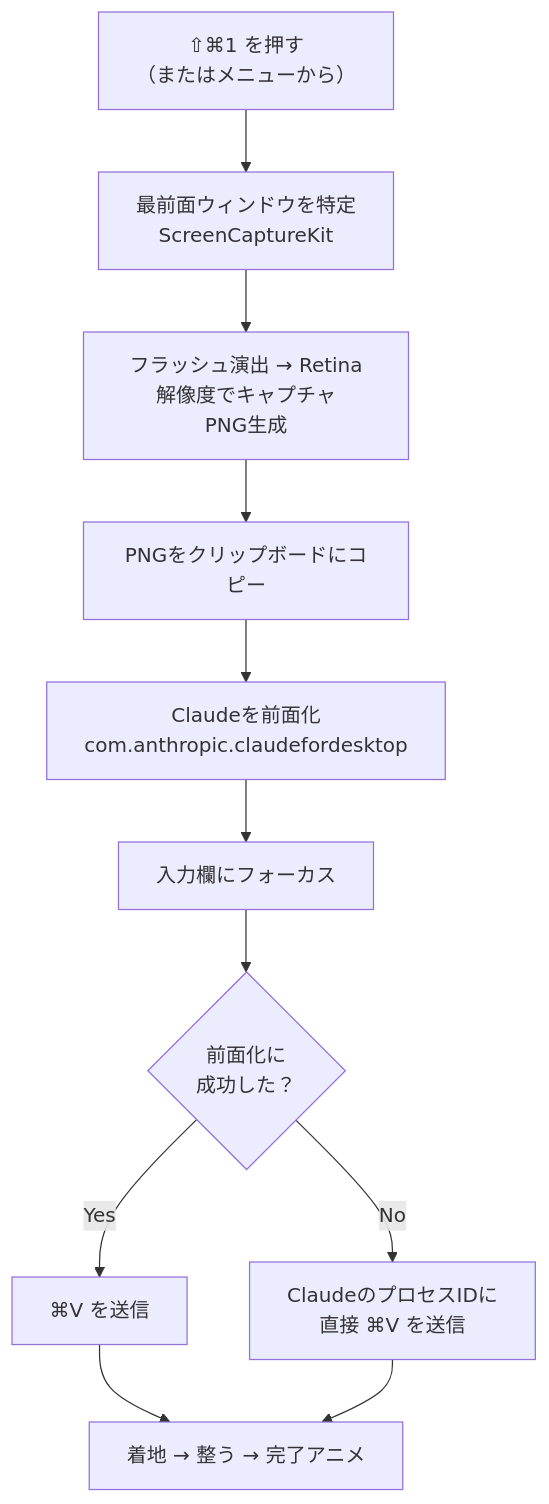
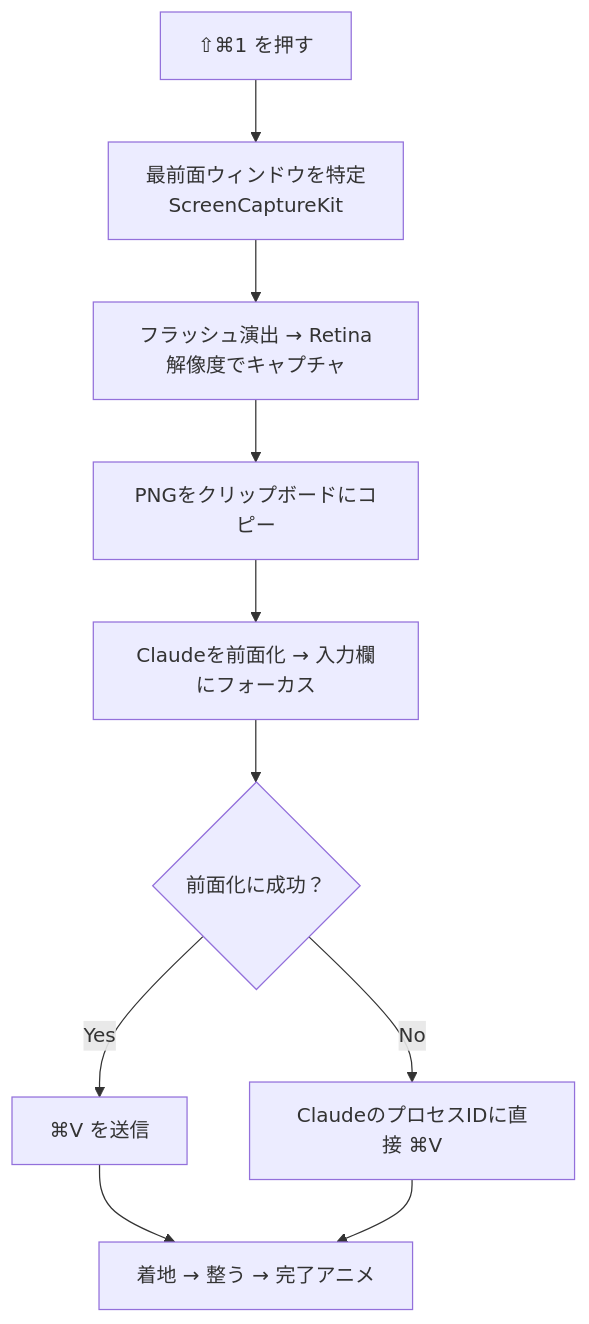
The diagram in docs/qiita-article.ja.md (MohamedFuad16/ClaudeShot), drawn with Mermaid before and after one commit. The commit also changed other lines of this file, not shown here.

````diff
--- a/docs/qiita-article.ja.md
+++ b/docs/qiita-article.ja.md
@@ -88,13 +150,12 @@
 ```mermaid
 flowchart TD
-    A["⇧⌘1 を押す<br/>（またはメニューから）"] --> B["最前面ウィンドウを特定<br/>ScreenCaptureKit"]
-    B --> C["フラッシュ演出 → Retina解像度でキャプチャ<br/>PNG生成"]
+    A["⇧⌘1 を押す"] --> B["最前面ウィンドウを特定<br/>ScreenCaptureKit"]
+    B --> C["フラッシュ演出 → Retina解像度でキャプチャ"]
     C --> D["PNGをクリップボードにコピー"]
-    D --> E["Claudeを前面化<br/>com.anthropic.claudefordesktop"]
-    E --> F["入力欄にフォーカス"]
-    F --> G{"前面化に<br/>成功した？"}
-    G -->|Yes| H["⌘V を送信"]
-    G -->|No| I["ClaudeのプロセスIDに<br/>直接 ⌘V を送信"]
-    H --> J["着地 → 整う → 完了アニメ"]
-    I --> J
+    D --> E["Claudeを前面化 → 入力欄にフォーカス"]
+    E --> F{"前面化に成功？"}
+    F -->|Yes| G["⌘V を送信"]
+    F -->|No| H["ClaudeのプロセスIDに直接 ⌘V"]
+    G --> I["着地 → 整う → 完了アニメ"]
+    H --> I
 ```
````
